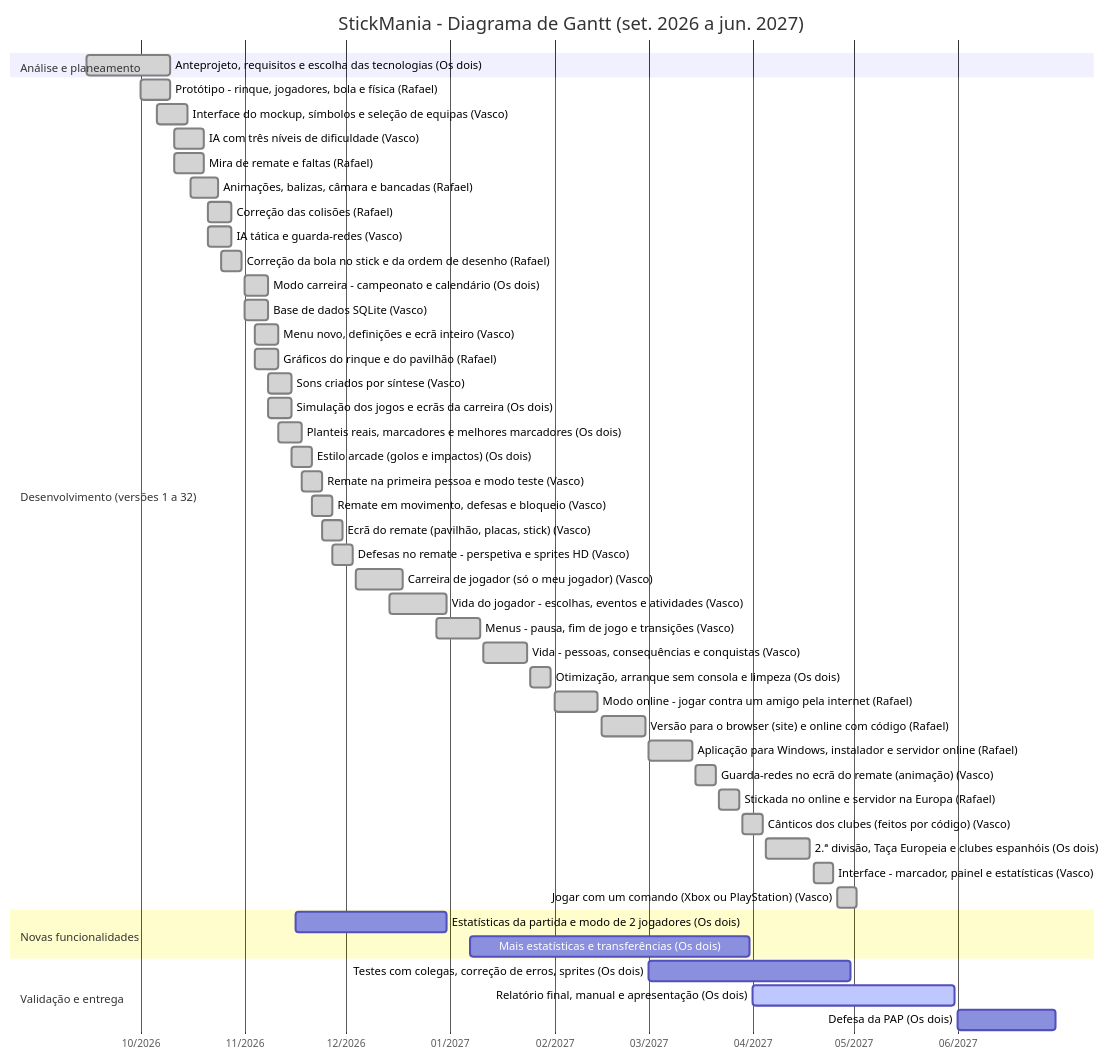
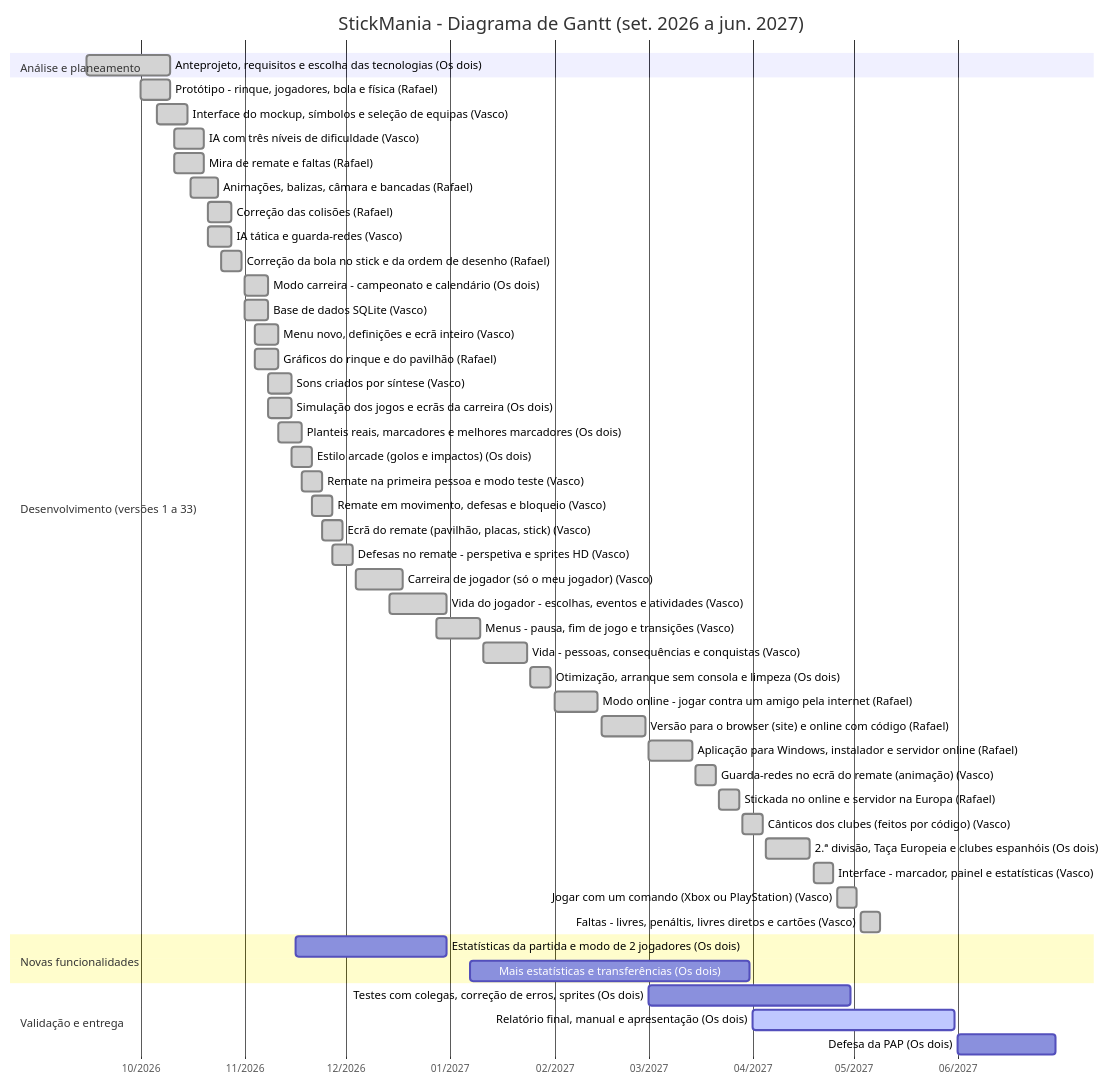
The diagram in docs/GANTT.md (RafaelSilveira23/Stickmaniapap), drawn with Mermaid before and after one commit. The commit also changed other lines of this file and 17 other files, not shown here.

````diff
--- a/docs/GANTT.md
+++ b/docs/GANTT.md
@@ -13,52 +13,53 @@
 ```mermaid
 gantt
     title StickMania - Diagrama de Gantt (set. 2026 a jun. 2027)
     dateFormat YYYY-MM-DD
     axisFormat %m/%Y
     tickInterval 1month
     todayMarker off
     section Análise e planeamento
     Anteprojeto, requisitos e escolha das tecnologias (Os dois) :done, t1, 2026-09-15, 2026-10-10
-    section Desenvolvimento (versões 1 a 32)
+    section Desenvolvimento (versões 1 a 33)
     Protótipo - rinque, jogadores, bola e física (Rafael) :done, t2, 2026-10-01, 2026-10-10
     Interface do mockup, símbolos e seleção de equipas (Vasco) :done, t3, 2026-10-06, 2026-10-15
     IA com três níveis de dificuldade (Vasco) :done, t4, 2026-10-11, 2026-10-20
     Mira de remate e faltas (Rafael) :done, t5, 2026-10-11, 2026-10-20
     Animações, balizas, câmara e bancadas (Rafael) :done, t6, 2026-10-16, 2026-10-24
     Correção das colisões (Rafael) :done, t7, 2026-10-21, 2026-10-28
     IA tática e guarda-redes (Vasco) :done, t8, 2026-10-21, 2026-10-28
     Correção da bola no stick e da ordem de desenho (Rafael) :done, t9, 2026-10-25, 2026-10-31
     Modo carreira - campeonato e calendário (Os dois) :done, t10, 2026-11-01, 2026-11-08
     Base de dados SQLite (Vasco) :done, t11, 2026-11-01, 2026-11-08
     Menu novo, definições e ecrã inteiro (Vasco) :done, t12, 2026-11-04, 2026-11-11
     Gráficos do rinque e do pavilhão (Rafael) :done, t13, 2026-11-04, 2026-11-11
     Sons criados por síntese (Vasco) :done, t14, 2026-11-08, 2026-11-15
     Simulação dos jogos e ecrãs da carreira (Os dois) :done, t15, 2026-11-08, 2026-11-15
     Planteis reais, marcadores e melhores marcadores (Os dois) :done, t16, 2026-11-11, 2026-11-18
     Estilo arcade (golos e impactos) (Os dois) :done, t17, 2026-11-15, 2026-11-21
     Remate na primeira pessoa e modo teste (Vasco) :done, t18, 2026-11-18, 2026-11-24
     Remate em movimento, defesas e bloqueio (Vasco) :done, t19, 2026-11-21, 2026-11-27
     Ecrã do remate (pavilhão, placas, stick) (Vasco) :done, t20, 2026-11-24, 2026-11-30
     Defesas no remate - perspetiva e sprites HD (Vasco) :done, t21, 2026-11-27, 2026-12-03
     Carreira de jogador (só o meu jogador) (Vasco) :done, t22, 2026-12-04, 2026-12-18
     Vida do jogador - escolhas, eventos e atividades (Vasco) :done, t23, 2026-12-14, 2026-12-31
     Menus - pausa, fim de jogo e transições (Vasco) :done, t24, 2026-12-28, 2027-01-10
     Vida - pessoas, consequências e conquistas (Vasco) :done, t25, 2027-01-11, 2027-01-24
     Otimização, arranque sem consola e limpeza (Os dois) :done, t26, 2027-01-25, 2027-01-31
     Modo online - jogar contra um amigo pela internet (Rafael) :done, t27, 2027-02-01, 2027-02-14
     Versão para o browser (site) e online com código (Rafael) :done, t28, 2027-02-15, 2027-02-28
     Aplicação para Windows, instalador e servidor online (Rafael) :done, t29, 2027-03-01, 2027-03-14
     Guarda-redes no ecrã do remate (animação) (Vasco) :done, t30, 2027-03-15, 2027-03-21
     Stickada no online e servidor na Europa (Rafael) :done, t31, 2027-03-22, 2027-03-28
     Cânticos dos clubes (feitos por código) (Vasco) :done, t32, 2027-03-29, 2027-04-04
     2.ª divisão, Taça Europeia e clubes espanhóis (Os dois) :done, t33, 2027-04-05, 2027-04-18
     Interface - marcador, painel e estatísticas (Vasco) :done, t34, 2027-04-19, 2027-04-25
     Jogar com um comando (Xbox ou PlayStation) (Vasco) :done, t35, 2027-04-26, 2027-05-02
+    Faltas - livres, penáltis, livres diretos e cartões (Vasco) :done, t36, 2027-05-03, 2027-05-09
     section Novas funcionalidades
-    Estatísticas da partida e modo de 2 jogadores (Os dois) :t36, 2026-11-16, 2026-12-31
-    Mais estatísticas e transferências (Os dois) :t37, 2027-01-07, 2027-03-31
+    Estatísticas da partida e modo de 2 jogadores (Os dois) :t37, 2026-11-16, 2026-12-31
+    Mais estatísticas e transferências (Os dois) :t38, 2027-01-07, 2027-03-31
     section Validação e entrega
-    Testes com colegas, correção de erros, sprites (Os dois) :t38, 2027-03-01, 2027-04-30
-    Relatório final, manual e apresentação (Os dois) :active, t39, 2027-04-01, 2027-05-31
-    Defesa da PAP (Os dois) :t40, 2027-06-01, 2027-06-30
+    Testes com colegas, correção de erros, sprites (Os dois) :t39, 2027-03-01, 2027-04-30
+    Relatório final, manual e apresentação (Os dois) :active, t40, 2027-04-01, 2027-05-31
+    Defesa da PAP (Os dois) :t41, 2027-06-01, 2027-06-30
 ```
````
